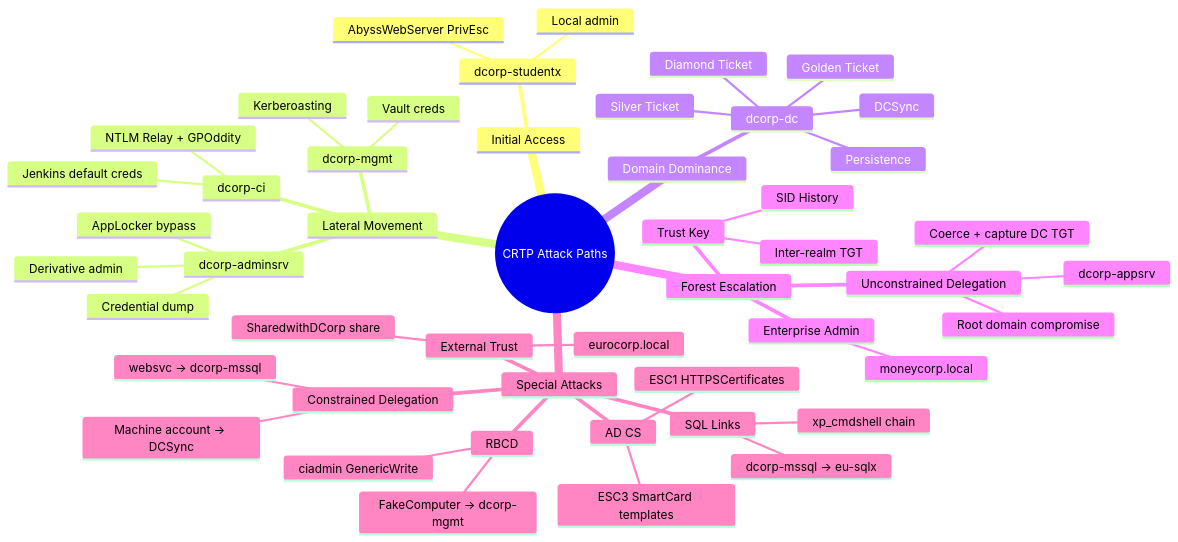
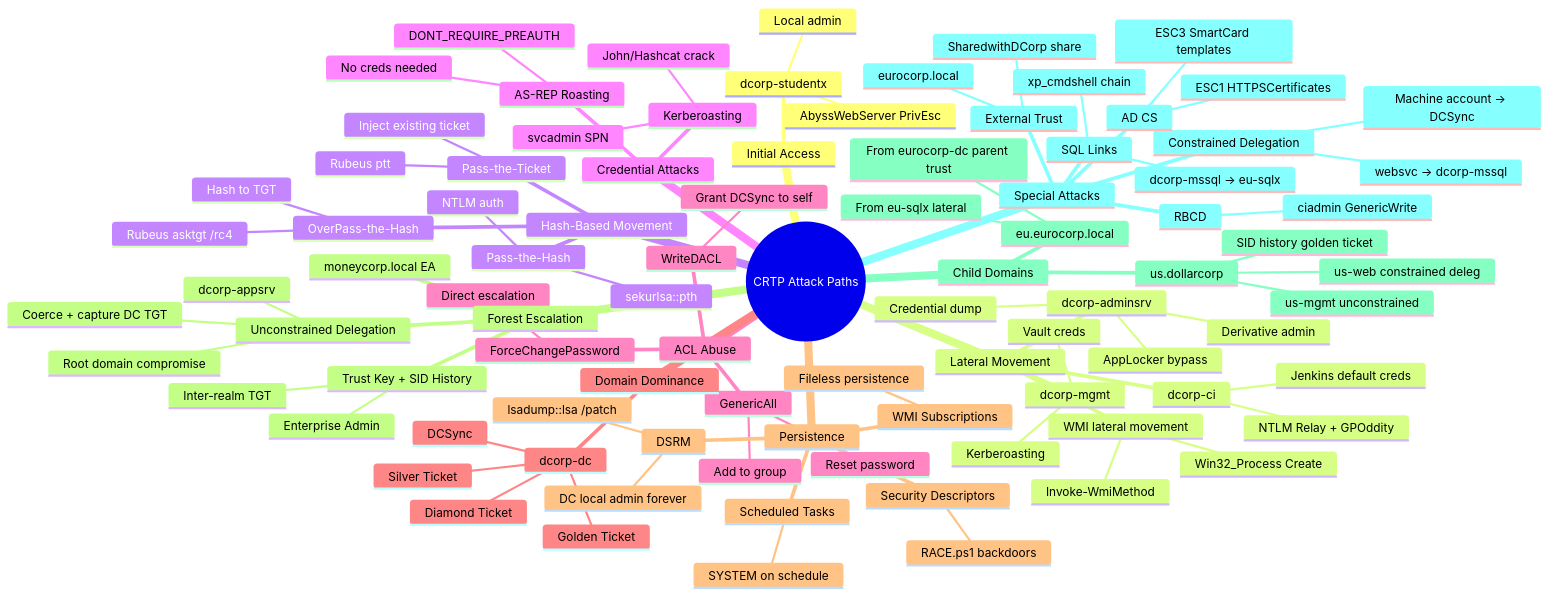
The second of 2 diagrams in diagrams/12-full-attack-chain.md (sudosuraj/CRTP-Notes), drawn with Mermaid before and after one commit. The commit also changed 7 other files, not shown here.

First line of the commit message:
Add missing attack chain diagrams: AS-REP, ACL, PTH, WMI, persistence, us/eu domains

```diff
--- a/diagrams/12-full-attack-chain.md
+++ b/diagrams/12-full-attack-chain.md
@@ -98,30 +98,73 @@
       dcorp-mgmt
         Vault creds
         Kerberoasting
+      WMI lateral movement
+        Invoke-WmiMethod
+        Win32_Process Create
+    Hash-Based Movement
+      Pass-the-Hash
+        sekurlsa::pth
+        NTLM auth
+      OverPass-the-Hash
+        Rubeus asktgt /rc4
+        Hash to TGT
+      Pass-the-Ticket
+        Rubeus ptt
+        Inject existing ticket
+    Credential Attacks
+      Kerberoasting
+        svcadmin SPN
+        John/Hashcat crack
+      AS-REP Roasting
+        DONT_REQUIRE_PREAUTH
+        No creds needed
+    ACL Abuse
+      GenericAll
+        Reset password
+        Add to group
+      WriteDACL
+        Grant DCSync to self
+      ForceChangePassword
+        Direct escalation
     Domain Dominance
       dcorp-dc
         DCSync
         Golden Ticket
         Silver Ticket
         Diamond Ticket
-        Persistence
+    Persistence
+      DSRM
+        lsadump::lsa /patch
+        DC local admin forever
+      Security Descriptors
+        RACE.ps1 backdoors
+      WMI Subscriptions
+        Fileless persistence
+      Scheduled Tasks
+        SYSTEM on schedule
     Forest Escalation
       Unconstrained Delegation
         dcorp-appsrv
         Coerce + capture DC TGT
         Root domain compromise
-      Trust Key
-        SID History
+      Trust Key + SID History
         Inter-realm TGT
-      Enterprise Admin
-        moneycorp.local
+        Enterprise Admin
+      moneycorp.local EA
+    Child Domains
+      us.dollarcorp
+        us-web constrained deleg
+        us-mgmt unconstrained
+        SID history golden ticket
+      eu.eurocorp.local
+        From eu-sqlx lateral
+        From eurocorp-dc parent trust
     Special Attacks
       Constrained Delegation
         websvc → dcorp-mssql
         Machine account → DCSync
       RBCD
         ciadmin GenericWrite
-        FakeComputer → dcorp-mgmt
       AD CS
         ESC1 HTTPSCertificates
         ESC3 SmartCard templates
```
